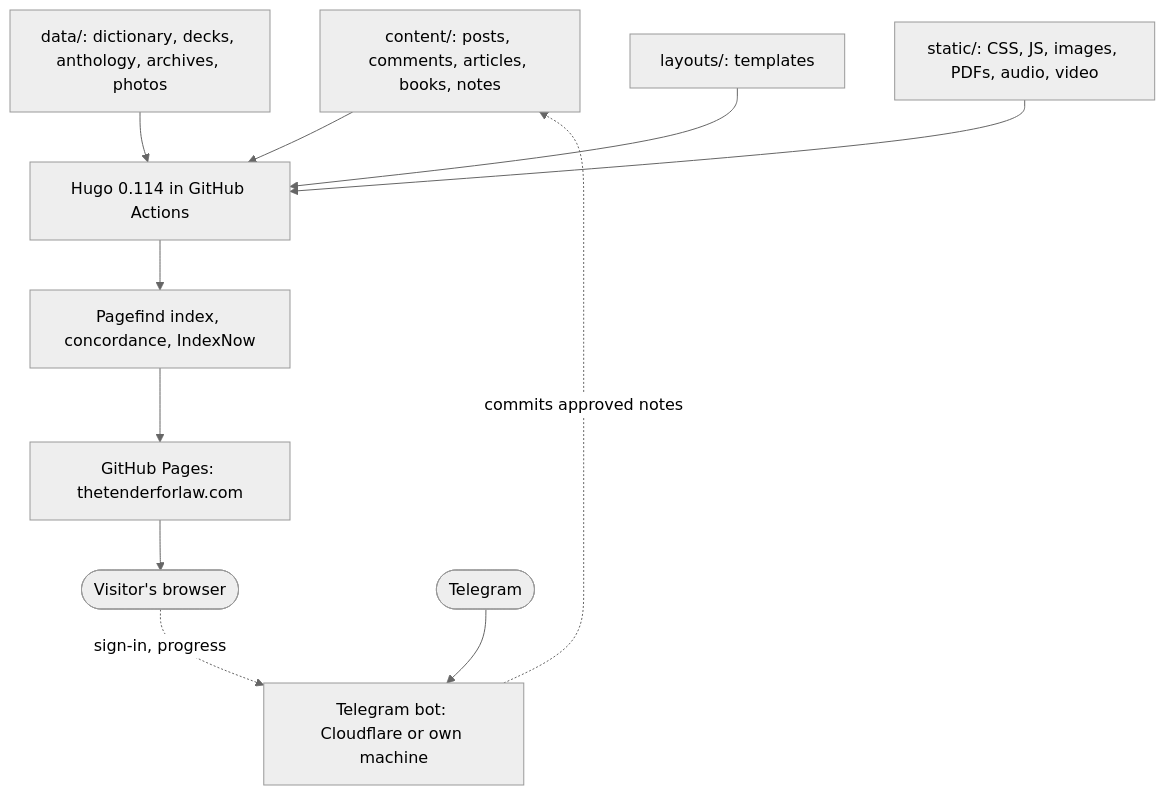
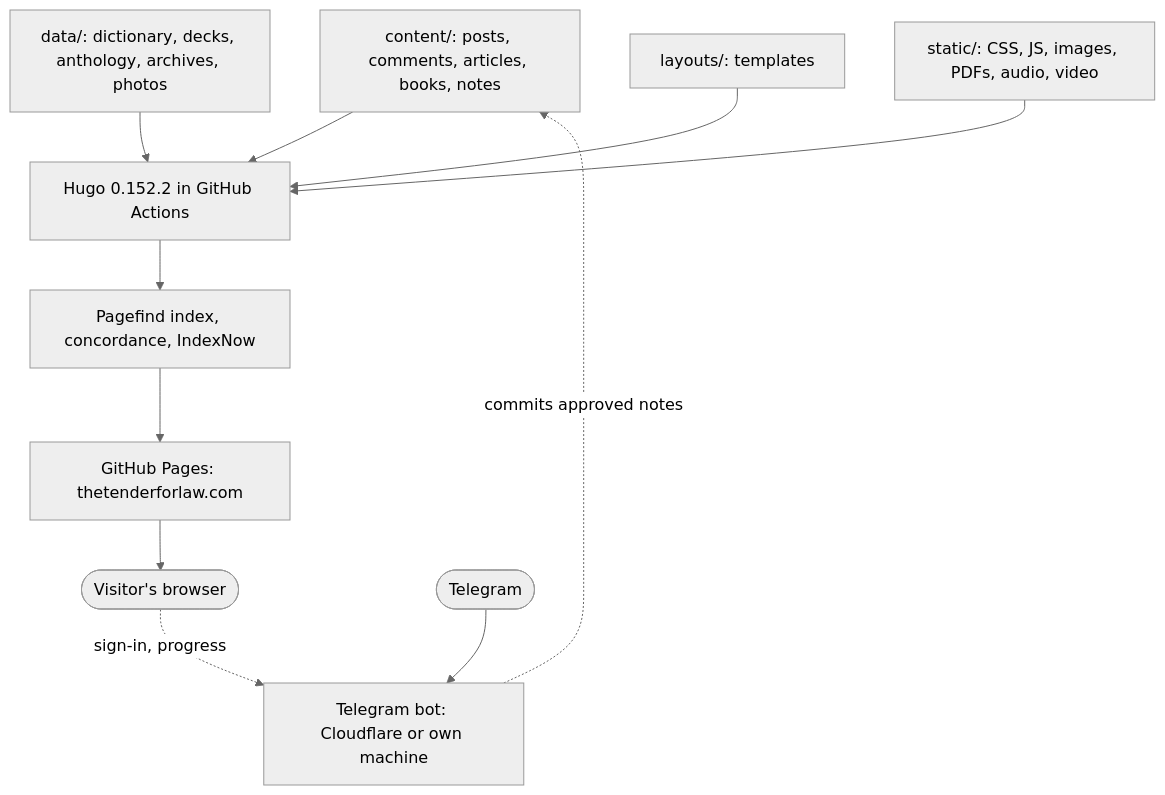
The diagram in docs/architecture/overview.md (RyGoy/RyGoy.github.io), drawn with Mermaid (neutral theme) before and after one commit. The commit also changed other lines of this file and 6 other files, not shown here.

````diff
--- a/docs/architecture/overview.md
+++ b/docs/architecture/overview.md
@@ -7,13 +7,13 @@
 ```mermaid
 flowchart TD
   content[content/: posts, comments, articles, books, notes] --> hugo
   data[data/: dictionary, decks, anthology, archives, photos] --> hugo
   layouts[layouts/: templates] --> hugo
   static[static/: CSS, JS, images, PDFs, audio, video] --> hugo
-  hugo[Hugo 0.114 in GitHub Actions] --> extras[Pagefind index, concordance, IndexNow]
+  hugo[Hugo 0.152.2 in GitHub Actions] --> extras[Pagefind index, concordance, IndexNow]
   extras --> pages[GitHub Pages: thetenderforlaw.com]
   pages --> browser([Visitor's browser])
   browser -. sign-in, progress .-> bot[Telegram bot: Cloudflare or own machine]
   telegram([Telegram]) --> bot
   bot -. commits approved notes .-> content
 ```
````
